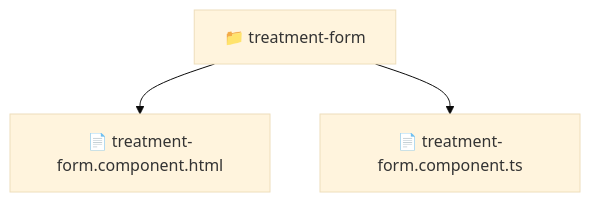
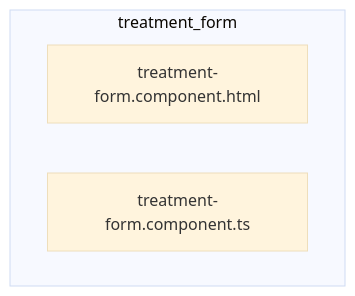
One commit to beginwebdev2002/fullstack-mavluda changed the diagram in frontend/src/pages/treatments/components/treatment-form/README.md. Above: the diagram before and after it, drawn with Mermaid (base theme). The commit also changed other lines of this file and 163 other files, not shown here.

````diff
--- a/frontend/src/pages/treatments/components/treatment-form/README.md
+++ b/frontend/src/pages/treatments/components/treatment-form/README.md
@@ -11,6 +15,7 @@
 ```mermaid
 graph TD
-  Root["📁 treatment-form"]
-  Root --> treatment_form_component_html["📄 treatment-form.component.html"]
-  Root --> treatment_form_component_ts["📄 treatment-form.component.ts"]
+  subgraph treatment_form
+    treatment_form_component_html["treatment-form.component.html"]
+    treatment_form_component_ts["treatment-form.component.ts"]
+  end
 ```
````
